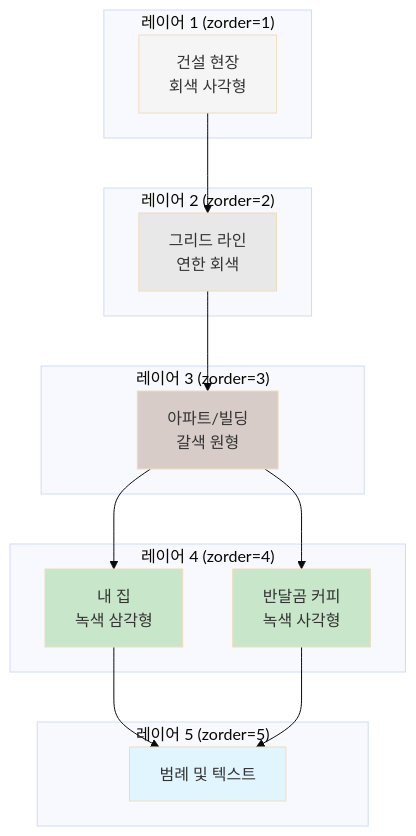
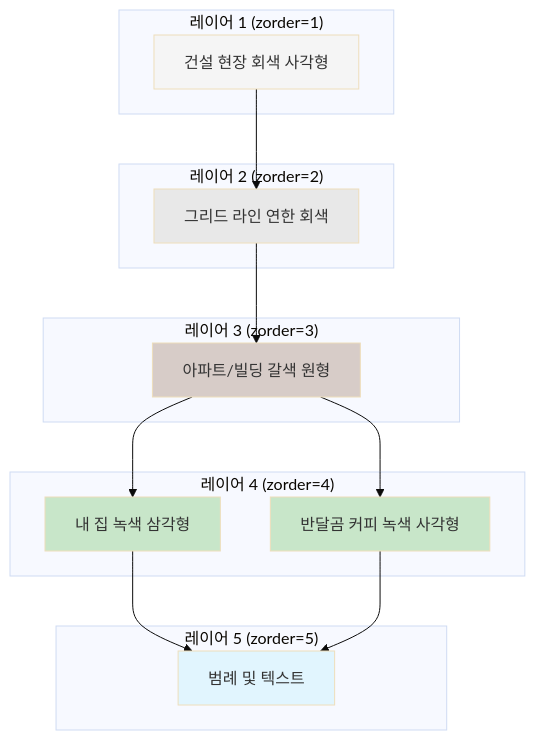
Before and after one commit to SteelCrab/ia-codyssey: the second of 4 diagrams in 2단계_지도시각화.md, drawn with Mermaid (base theme). The commit also changed other lines of this file and 3 other files, not shown here.

First line of the commit message:
fix: Mermaid 다이어그램 구문 오류 수정

````diff
--- a/2단계_지도시각화.md
+++ b/2단계_지도시각화.md
@@ -128,37 +128,37 @@
 ```mermaid
 graph TD
     subgraph "레이어 1 (zorder=1)"
-        A[건설 현장<br/>회색 사각형]
+        A[건설 현장 회색 사각형]
     end
     
     subgraph "레이어 2 (zorder=2)"
-        B[그리드 라인<br/>연한 회색]
+        B[그리드 라인 연한 회색]
     end
     
     subgraph "레이어 3 (zorder=3)"
-        C[아파트/빌딩<br/>갈색 원형]
+        C[아파트/빌딩 갈색 원형]
     end
     
     subgraph "레이어 4 (zorder=4)"
-        D[내 집<br/>녹색 삼각형]
-        E[반달곰 커피<br/>녹색 사각형]
+        D[내 집 녹색 삼각형]
+        E[반달곰 커피 녹색 사각형]
     end
     
     subgraph "레이어 5 (zorder=5)"
         F[범례 및 텍스트]
     end
     
     A --> B
     B --> C
     C --> D
     C --> E
     D --> F
     E --> F
     
     style A fill:#f5f5f5
     style B fill:#e8e8e8
     style C fill:#d7ccc8
     style D fill:#c8e6c9
     style E fill:#c8e6c9
     style F fill:#e1f5fe
 ```
````
